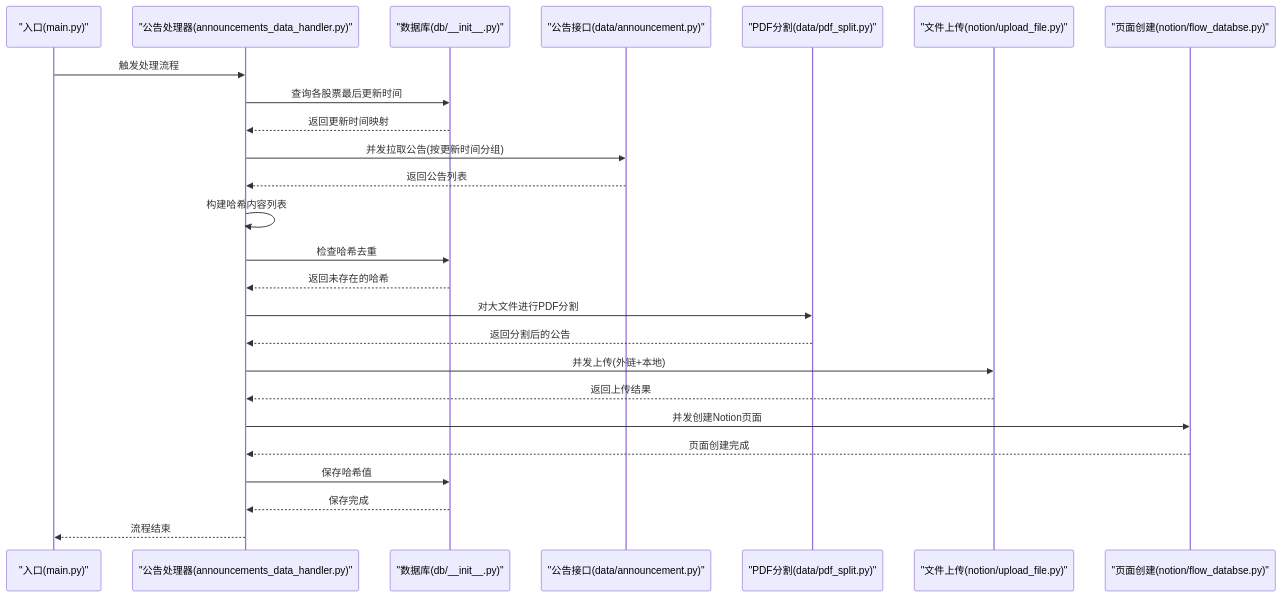
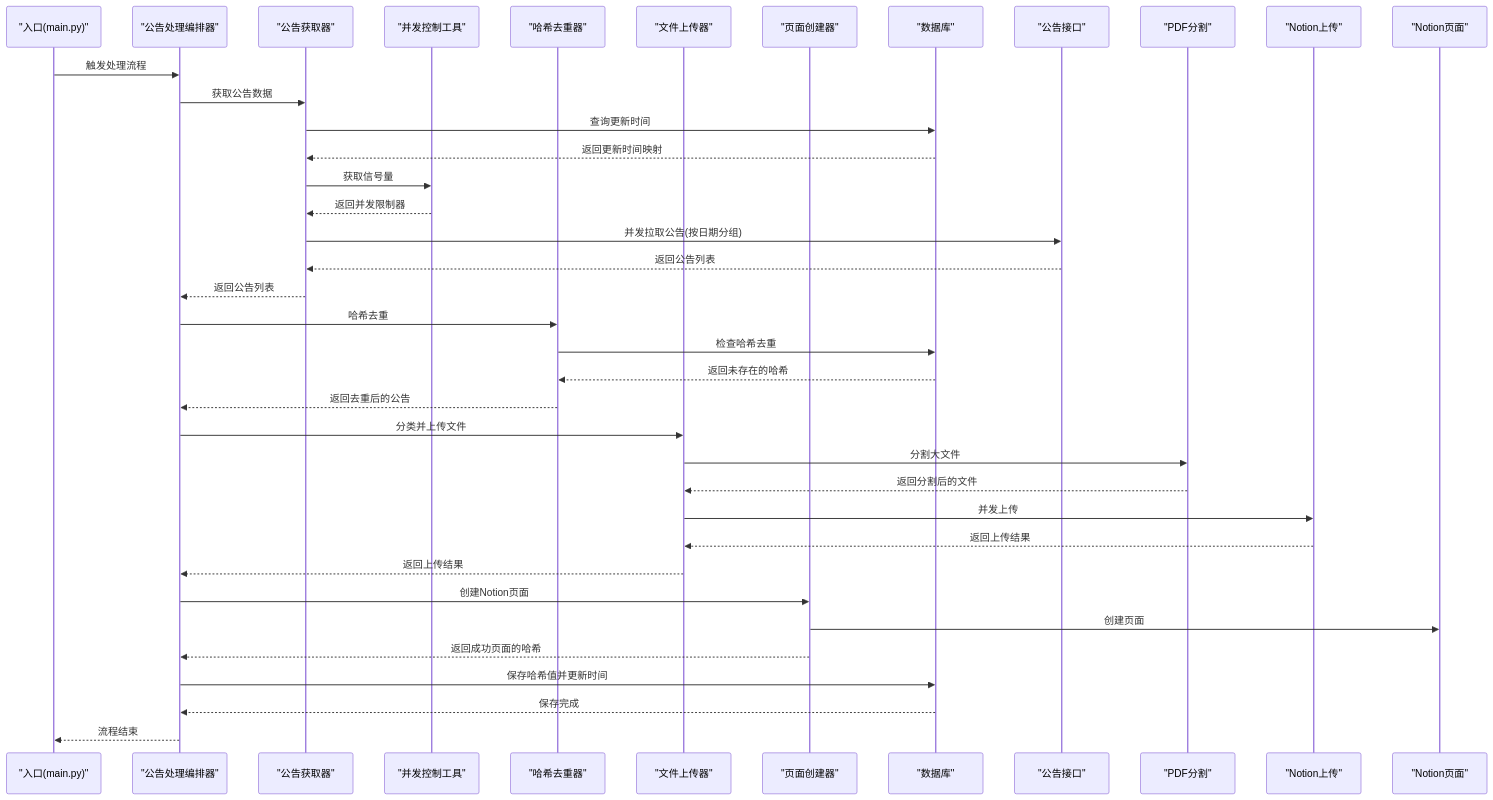
The second of 8 diagrams in .qoder/repowiki/zh/content/核心模块详解/公告数据处理模块/公告数据处理模块.md (iverwong/DataLife), drawn with Mermaid before and after one commit. The commit also changed other lines of this file and 14 other files, not shown here.

````diff
--- a/.qoder/repowiki/zh/content/核心模块详解/公告数据处理模块/公告数据处理模块.md
+++ b/.qoder/repowiki/zh/content/核心模块详解/公告数据处理模块/公告数据处理模块.md
@@ -105,27 +128,40 @@
 ```mermaid
 sequenceDiagram
 participant Entry as "入口(main.py)"
-participant Handler as "公告处理器(announcements_data_handler.py)"
-participant DB as "数据库(db/__init__.py)"
-participant API as "公告接口(data/announcement.py)"
-participant Split as "PDF分割(data/pdf_split.py)"
-participant Upload as "文件上传(notion/upload_file.py)"
-participant Page as "页面创建(notion/flow_databse.py)"
-Entry->>Handler : 触发处理流程
-Handler->>DB : 查询各股票最后更新时间
-DB-->>Handler : 返回更新时间映射
-Handler->>API : 并发拉取公告(按更新时间分组)
-API-->>Handler : 返回公告列表
-Handler->>Handler : 构建哈希内容列表
-Handler->>DB : 检查哈希去重
-DB-->>Handler : 返回未存在的哈希
-Handler->>Split : 对大文件进行PDF分割
-Split-->>Handler : 返回分割后的公告
-Handler->>Upload : 并发上传(外链+本地)
-Upload-->>Handler : 返回上传结果
-Handler->>Page : 并发创建Notion页面
-Page-->>Handler : 页面创建完成
-Handler->>DB : 保存哈希值
-DB-->>Handler : 保存完成
-Handler-->>Entry : 流程结束
+participant Orchestrator as "公告处理编排器"
+participant Fetcher as "公告获取器"
+participant Concurrency as "并发控制工具"
+participant Deduplicator as "哈希去重器"
+participant Uploader as "文件上传器"
+participant PageCreator as "页面创建器"
+participant DB as "数据库"
+participant API as "公告接口"
+participant PDFSplit as "PDF分割"
+participant NotionUpload as "Notion上传"
+participant NotionPage as "Notion页面"
+Entry->>Orchestrator : 触发处理流程
+Orchestrator->>Fetcher : 获取公告数据
+Fetcher->>DB : 查询更新时间
+DB-->>Fetcher : 返回更新时间映射
+Fetcher->>Concurrency : 获取信号量
+Concurrency-->>Fetcher : 返回并发限制器
+Fetcher->>API : 并发拉取公告(按日期分组)
+API-->>Fetcher : 返回公告列表
+Fetcher-->>Orchestrator : 返回公告列表
+Orchestrator->>Deduplicator : 哈希去重
+Deduplicator->>DB : 检查哈希去重
+DB-->>Deduplicator : 返回未存在的哈希
+Deduplicator-->>Orchestrator : 返回去重后的公告
+Orchestrator->>Uploader : 分类并上传文件
+Uploader->>PDFSplit : 分割大文件
+PDFSplit-->>Uploader : 返回分割后的文件
+Uploader->>NotionUpload : 并发上传
+NotionUpload-->>Uploader : 返回上传结果
+Uploader-->>Orchestrator : 返回上传结果
+Orchestrator->>PageCreator : 创建Notion页面
+PageCreator->>NotionPage : 创建页面
+PageCreator-->>Orchestrator : 返回成功页面的哈希
+Orchestrator->>DB : 保存哈希值并更新时间
+DB-->>Orchestrator : 保存完成
+Orchestrator-->>Entry : 流程结束
 ```
````
